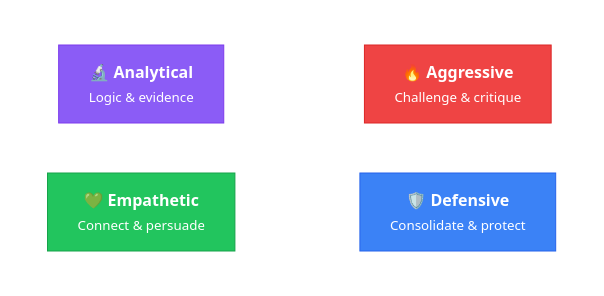
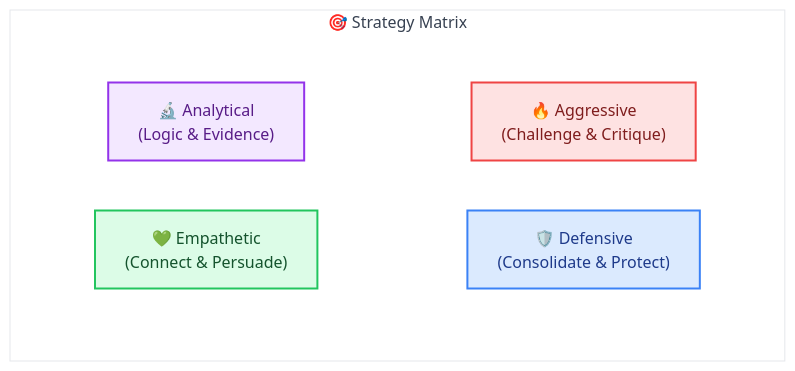
The third of 8 diagrams in README.md (AluminumShark/Social-Debate-AI), drawn with Mermaid before and after one commit. The commit also changed other lines of this file, not shown here.

Commit message:
style(docs): redesign Mermaid diagrams in README.md with brighter colors and cleaner layout

````diff
--- a/README.md
+++ b/README.md
@@ -127,22 +151,28 @@
 ```mermaid
 %%{init: {'theme': 'base'}}%%
 graph TB
-    subgraph row1[" "]
-        direction LR
-        A["🔥 <b>Aggressive</b><br/><small>Challenge & critique</small>"]
-        B["🛡️ <b>Defensive</b><br/><small>Consolidate & protect</small>"]
-    end
-    
-    subgraph row2[" "]
-        direction LR
-        C["🔬 <b>Analytical</b><br/><small>Logic & evidence</small>"]
-        D["💚 <b>Empathetic</b><br/><small>Connect & persuade</small>"]
+    subgraph Matrix["🎯 Strategy Matrix"]
+        direction TB
+        
+        subgraph Row1[" "]
+            direction LR
+            S1["🔥 Aggressive<br/>(Challenge & Critique)"]:::red
+            S2["🛡️ Defensive<br/>(Consolidate & Protect)"]:::blue
+        end
+        
+        subgraph Row2[" "]
+            direction LR
+            S3["🔬 Analytical<br/>(Logic & Evidence)"]:::purple
+            S4["💚 Empathetic<br/>(Connect & Persuade)"]:::green
+        end
     end
 
-    style A fill:#ef4444,stroke:#dc2626,color:#fff
-    style B fill:#3b82f6,stroke:#2563eb,color:#fff
-    style C fill:#8b5cf6,stroke:#7c3aed,color:#fff
-    style D fill:#22c55e,stroke:#16a34a,color:#fff
-    style row1 fill:transparent,stroke:transparent
-    style row2 fill:transparent,stroke:transparent
+    classDef red fill:#fee2e2,stroke:#ef4444,stroke-width:2px,color:#7f1d1d;
+    classDef blue fill:#dbeafe,stroke:#3b82f6,stroke-width:2px,color:#1e3a8a;
+    classDef purple fill:#f3e8ff,stroke:#9333ea,stroke-width:2px,color:#581c87;
+    classDef green fill:#dcfce7,stroke:#22c55e,stroke-width:2px,color:#14532d;
+    
+    style Matrix fill:#ffffff,stroke:#e5e7eb,color:#374151
+    style Row1 fill:transparent,stroke:transparent
+    style Row2 fill:transparent,stroke:transparent
 ```
````
